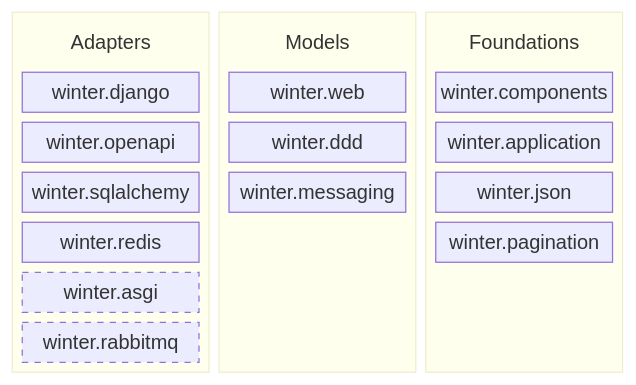
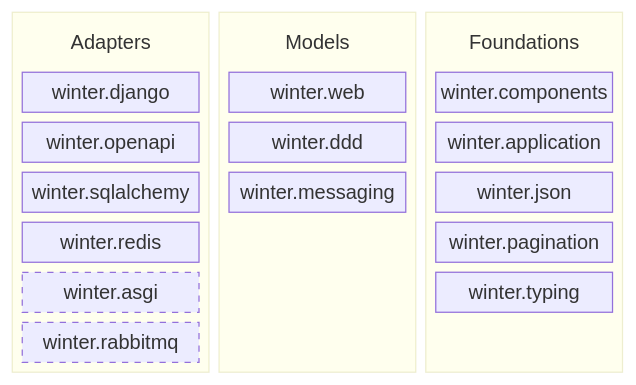
Before and after one commit to WinterFramework/winter: the diagram in docs/architecture.md, drawn with Mermaid. The commit also changed other lines of this file and 18 other files, not shown here.

First line of the commit message:
feat(typing)!: winter.typing holds the type-hint helpers and TypeWrapper

````diff
--- a/docs/architecture.md
+++ b/docs/architecture.md
@@ -9,39 +9,39 @@
 ```mermaid
 block-beta
   columns 3
   block:adapters
     columns 1
     la["Adapters"]
     django["winter.django"]
     openapi["winter.openapi"]
     sqlalchemy["winter.sqlalchemy"]
     redis["winter.redis"]
     asgi["winter.asgi"]
     rabbitmq["winter.rabbitmq"]
   end
   block:models
     columns 1
     lm["Models"]
     web["winter.web"]
     ddd["winter.ddd"]
     messaging["winter.messaging"]
     space
     space
     space
   end
   block:foundations
     columns 1
     lf["Foundations"]
     components["winter.components"]
     application["winter.application"]
     json["winter.json"]
     pagination["winter.pagination"]
-    space
+    typing["winter.typing"]
     space
   end
   style la fill:none,stroke:none
   style lm fill:none,stroke:none
   style lf fill:none,stroke:none
   style asgi stroke-dasharray: 5 5
   style rabbitmq stroke-dasharray: 5 5
 ```
````
